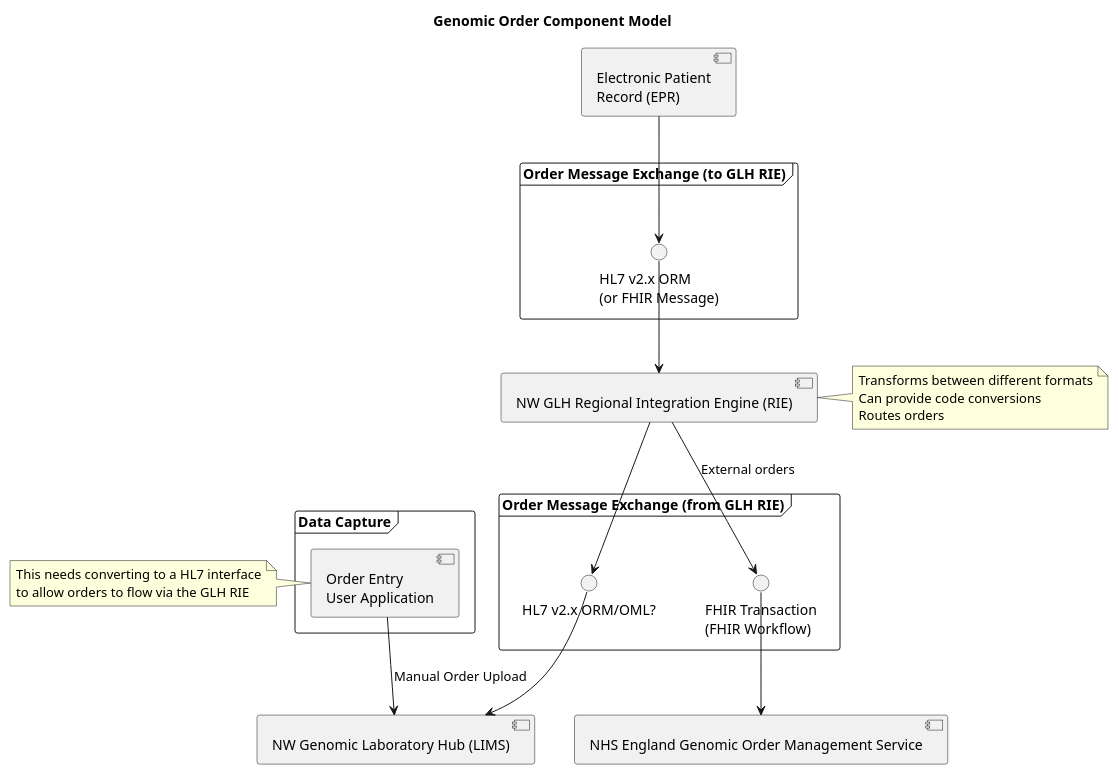
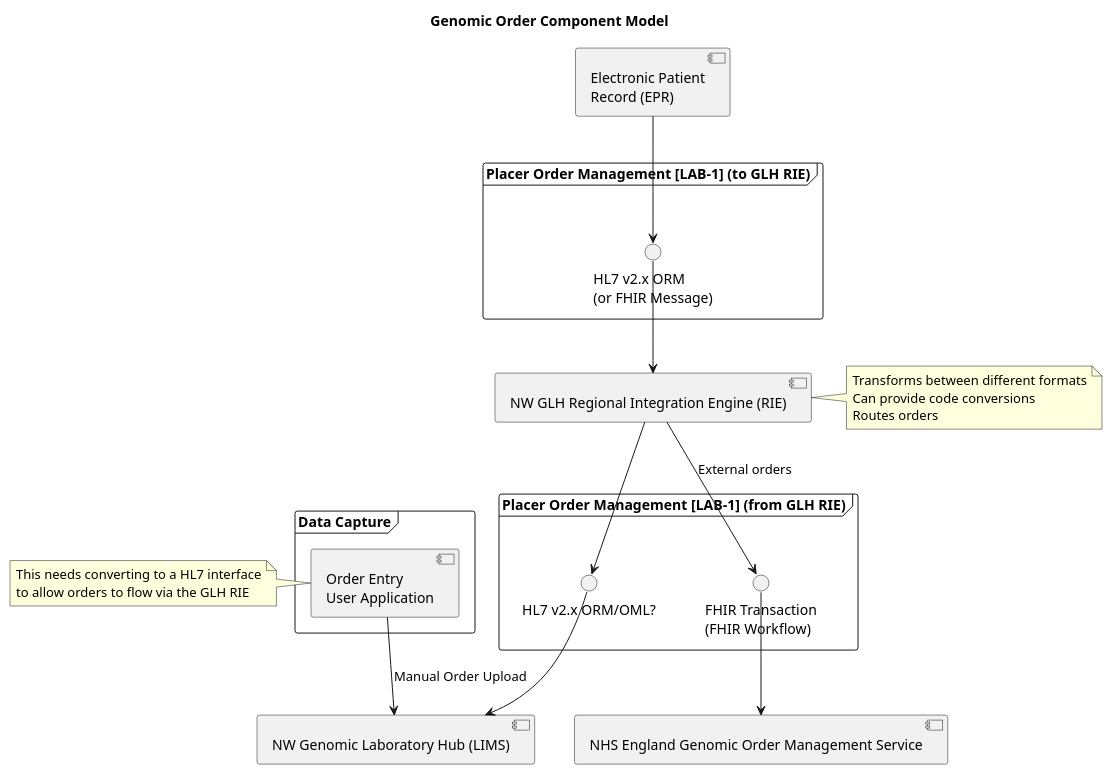
The diagram in input/images-source/orders-component.plantuml (nw-gmsa/nw-gmsa.github.com), drawn with PlantUML before and after one commit. The commit also changed 1 other file, not shown here.

```diff
--- a/input/images-source/orders-component.plantuml
+++ b/input/images-source/orders-component.plantuml
@@ -1,43 +1,43 @@
 @startuml
 
 title "Genomic Order Component Model"
 
 component "NW Genomic Laboratory Hub (LIMS)" as LIMS
 component "Electronic Patient\nRecord (EPR)" as EPR
 component "NW GLH Regional Integration Engine (RIE)" as TIE
 component "NHS England Genomic Order Management Service" as GOMS
 
 frame "Data Capture" as sdc {
   component "Order Entry\nUser Application" as user
 }
 
-frame "Order Message Exchange (to GLH RIE)" as xChange1 {
+frame "Placer Order Management [LAB-1] (to GLH RIE)" as xChange1 {
  interface "HL7 v2.x ORM\n(or FHIR Message)" as HL7_ORM1
 }
 
-frame "Order Message Exchange (from GLH RIE)" as xChange2 {
+frame "Placer Order Management [LAB-1] (from GLH RIE)" as xChange2 {
  interface "HL7 v2.x ORM/OML?" as HL7_ORM2
  interface "FHIR Transaction\n(FHIR Workflow)" as Transaction
 }
 
 EPR -d-> HL7_ORM1
 HL7_ORM1 -d-> TIE
 TIE -d-> HL7_ORM2
 TIE -d-> Transaction: External orders
 Transaction -d-> GOMS
 
 HL7_ORM2 -d-> LIMS
 user -d-> LIMS : Manual Order Upload
 
 note left of user
 This needs converting to a HL7 interface
 to allow orders to flow via the GLH RIE
 end note
 
 note right of TIE
 Transforms between different formats
 Can provide code conversions
 Routes orders
 end note
 
 @enduml
```
